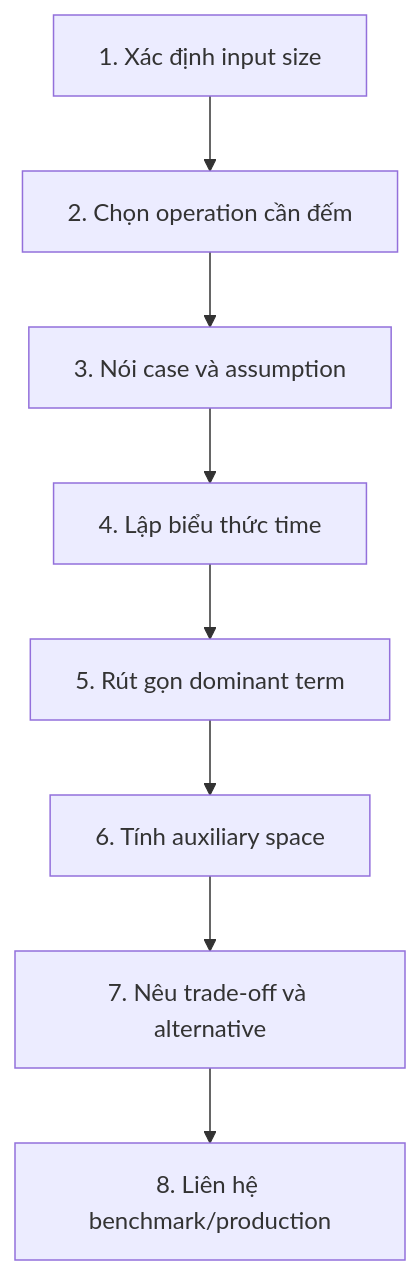
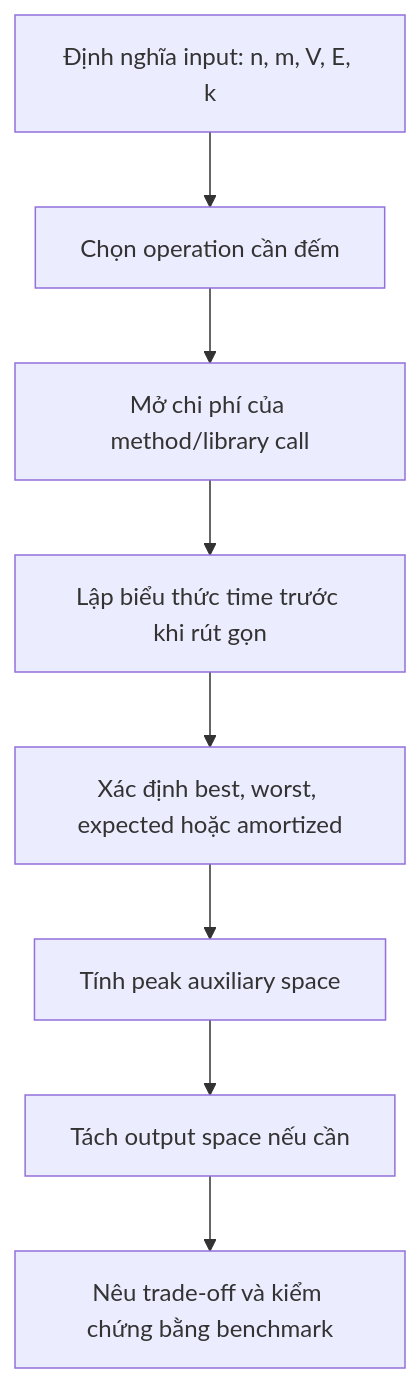
One commit to vanhiep99w/interview-question changed the diagram in content/docs/algorithms/01-do-phuc-tap-big-o.mdx. Above: the diagram before and after it, drawn with Mermaid. The commit also changed other lines of this file, not shown here.

Commit message:
docs: rewrite time and space complexity guide

````diff
--- a/content/docs/algorithms/01-do-phuc-tap-big-o.mdx
+++ b/content/docs/algorithms/01-do-phuc-tap-big-o.mdx
@@ -1241,10 +203,10 @@
 ```mermaid
 flowchart TD
-    A[1. Xác định input size] --> B[2. Chọn operation cần đếm]
-    B --> C[3. Nói case và assumption]
-    C --> D[4. Lập biểu thức time]
-    D --> E[5. Rút gọn dominant term]
-    E --> F[6. Tính auxiliary space]
-    F --> G[7. Nêu trade-off và alternative]
-    G --> H[8. Liên hệ benchmark/production]
+    A[Định nghĩa input: n, m, V, E, k] --> B[Chọn operation cần đếm]
+    B --> C[Mở chi phí của method/library call]
+    C --> D[Lập biểu thức time trước khi rút gọn]
+    D --> E[Xác định best, worst, expected hoặc amortized]
+    E --> F[Tính peak auxiliary space]
+    F --> G[Tách output space nếu cần]
+    G --> H[Nêu trade-off và kiểm chứng bằng benchmark]
 ```
````
